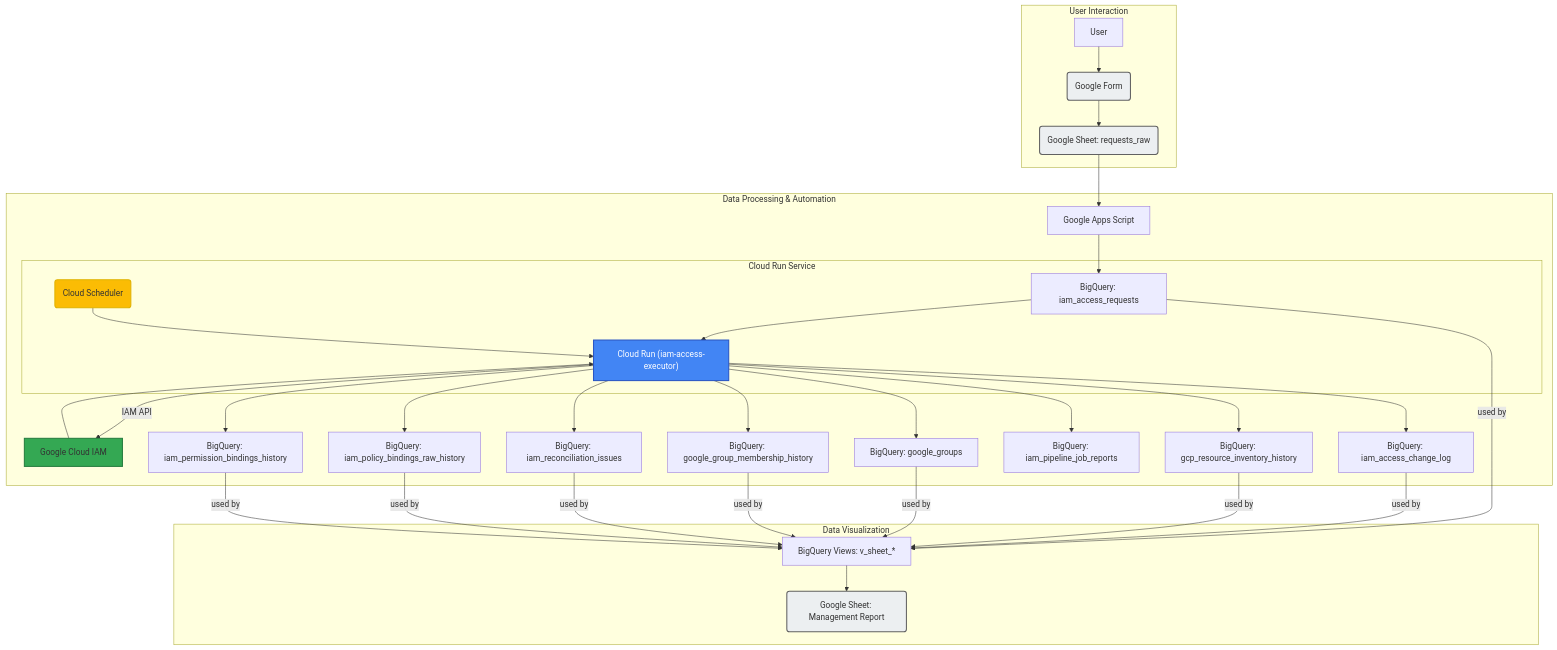
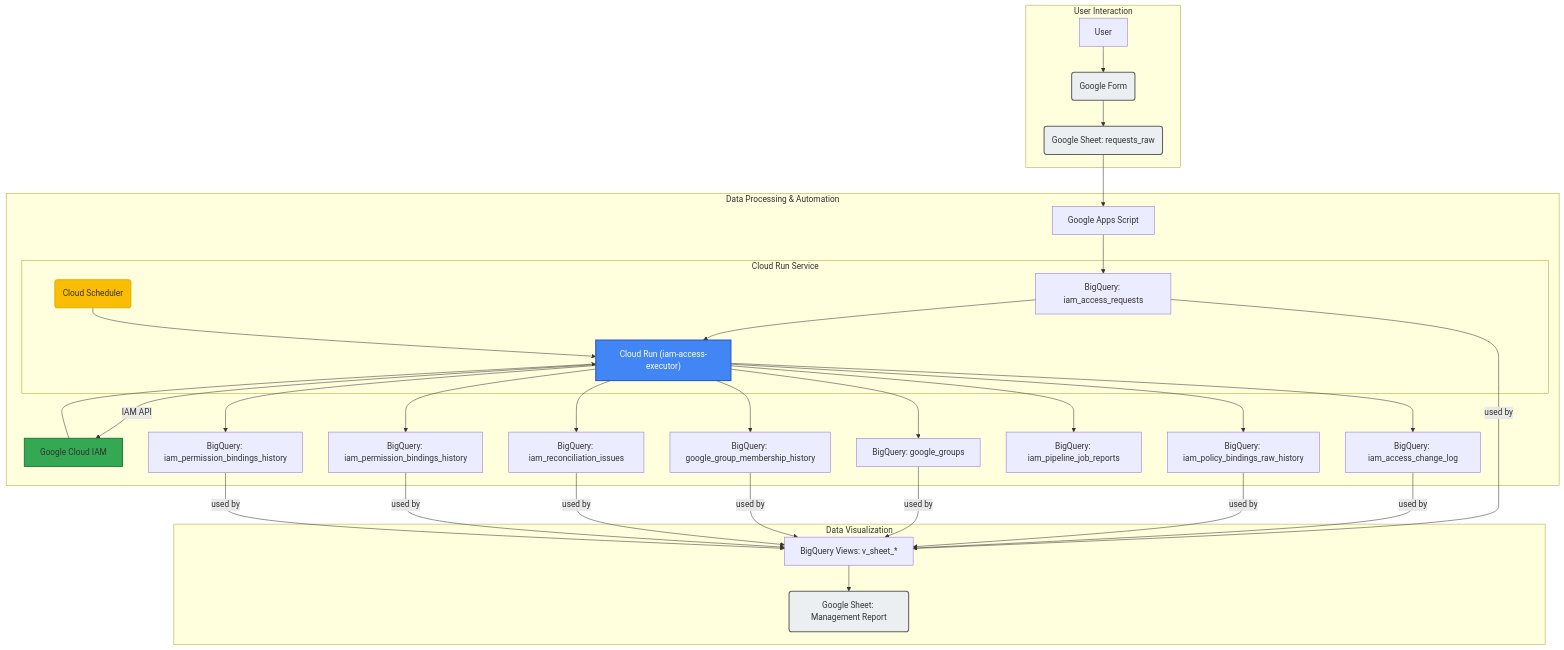
Before and after one commit to ea-Mitsuoka/cloud-access-manager: the diagram in README.md, drawn with Mermaid. The commit also changed other lines of this file and 4 other files, not shown here.

````diff
--- a/README.md
+++ b/README.md
@@ -20,49 +20,49 @@
 ```mermaid
 graph TD
     subgraph "User Interaction"
         A[User] --> B("Google Form");
         B --> C("Google Sheet: requests_raw");
     end
 
     subgraph "Data Processing & Automation"
         C --> D["Google Apps Script"];
         D --> E["BigQuery: iam_access_requests"];
 
         subgraph "Cloud Run Service"
             CR["Cloud Run (iam-access-executor)"];
             E --> CR;
             F("Cloud Scheduler") --> CR;
         end
 
         CR -- "IAM API" --> G["Google Cloud IAM"];
         G --> CR;
         
         CR --> H["BigQuery: iam_access_change_log"];
-        CR --> I["BigQuery: gcp_resource_inventory_history"];
+        CR --> I["BigQuery: iam_policy_bindings_raw_history"];
         CR --> J["BigQuery: google_groups"];
         CR --> K["BigQuery: google_group_membership_history"];
         CR --> L["BigQuery: iam_reconciliation_issues"];
         CR --> M["BigQuery: iam_pipeline_job_reports"];
-        CR --> N["BigQuery: iam_policy_bindings_raw_history"];
+        CR --> N["BigQuery: iam_permission_bindings_history"];
         CR --> O["BigQuery: iam_permission_bindings_history"];
     end
 
     subgraph "Data Visualization"
         P["BigQuery Views: v_sheet_*"] --> Q("Google Sheet: Management Report");
         E -- "used by" --> P;
         H -- "used by" --> P;
         I -- "used by" --> P;
         J -- "used by" --> P;
         K -- "used by" --> P;
         L -- "used by" --> P;
         N -- "used by" --> P;
         O -- "used by" --> P;
     end
 
     style CR fill:#4285F4,stroke:#2a56c4,stroke-width:2px,color:#FFFFFF
     style F fill:#FBBC04,stroke:#e0b200,stroke-width:2px
     style G fill:#34A853,stroke:#267d3f,stroke-width:2px
     style B fill:#ECEFF1,stroke:#616161,stroke-width:2px
     style C fill:#ECEFF1,stroke:#616161,stroke-width:2px
     style Q fill:#ECEFF1,stroke:#616161,stroke-width:2px
 ```
````
